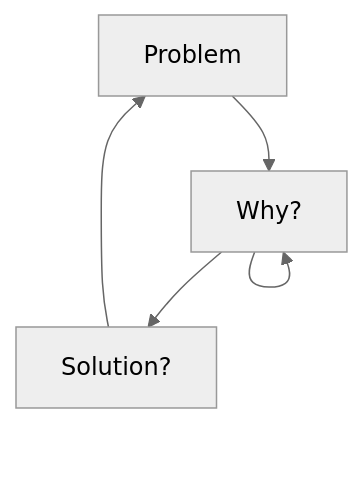
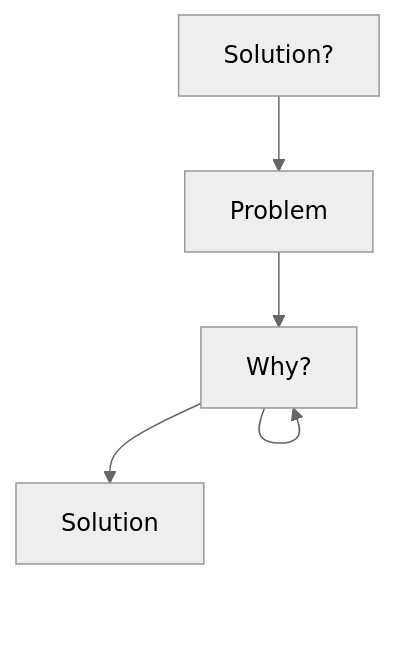
One commit to Jerome-Spaeter/Jerome-Spaeter changed the diagram in README.md. Above: the diagram before and after it, drawn with Mermaid (neutral theme).

````diff
--- a/README.md
+++ b/README.md
@@ -51,9 +60,9 @@
 ```mermaid
   graph TD;
       Problem-->Why?;
       Why?-->Why?;
       Why?-->Why?;
       Why?-->Why?;
-      Why?-->Solution?;
+      Why?-->Solution;
       Solution?-->Problem;
 ```
````
